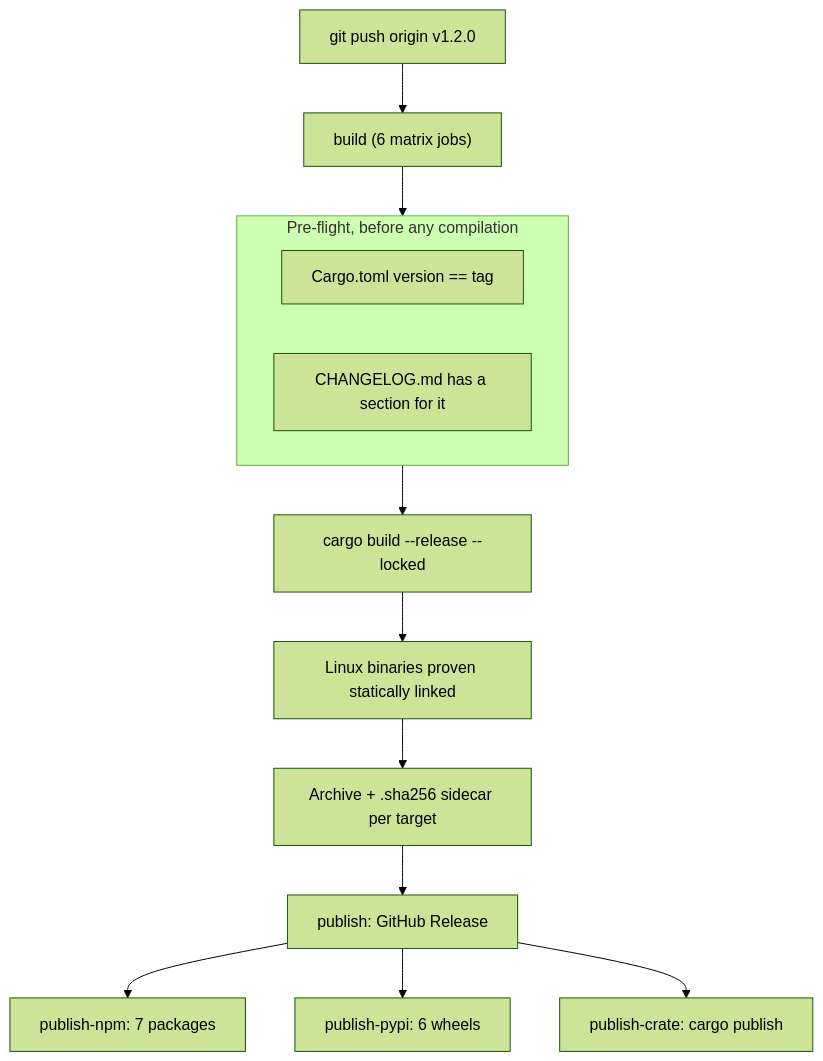
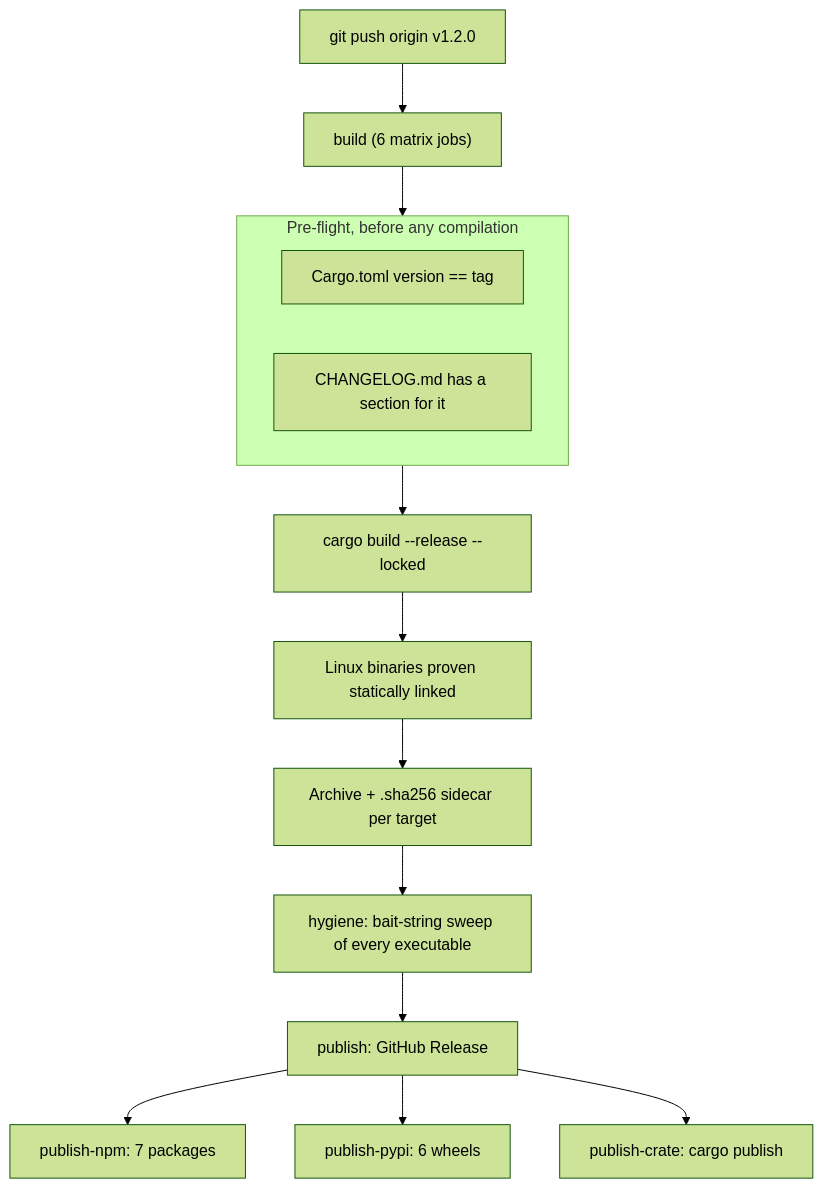
Before and after one commit to Life-Experimentalist/dev-prune: the diagram in docs/RELEASING.md, drawn with Mermaid (forest theme). The commit also changed other lines of this file and 4 other files, not shown here.

````diff
--- a/docs/RELEASING.md
+++ b/docs/RELEASING.md
@@ -502,19 +502,20 @@
 ```mermaid
 flowchart TD
     tag["git push origin v1.2.0"] --> build["build (6 matrix jobs)"]
 
     subgraph checks["Pre-flight, before any compilation"]
         v1["Cargo.toml version == tag"]
         v2["CHANGELOG.md has a section for it"]
     end
 
     build --> checks
     checks --> compile["cargo build --release --locked"]
     compile --> static["Linux binaries proven statically linked"]
     static --> pack["Archive + .sha256 sidecar per target"]
 
-    pack --> publish["publish: GitHub Release"]
+    pack --> hygiene["hygiene: bait-string sweep of every executable"]
+    hygiene --> publish["publish: GitHub Release"]
     publish --> npm["publish-npm: 7 packages"]
     publish --> pypi["publish-pypi: 6 wheels"]
     publish --> crate["publish-crate: cargo publish"]
 ```
````
